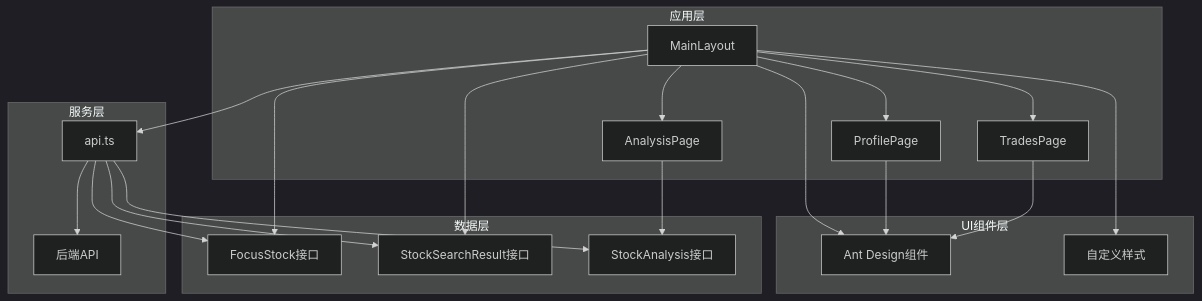
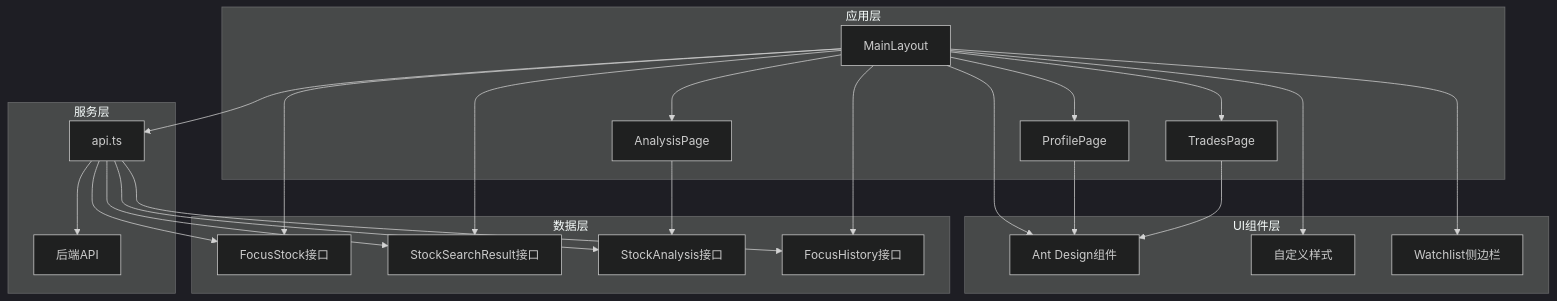
The second of 13 diagrams in .qoder/repowiki/zh/content/前端组件/布局组件.md (Moruime/stock_foker), drawn with Mermaid (dark theme) before and after one commit. The commit also changed other lines of this file and 22 other files, not shown here.

````diff
--- a/.qoder/repowiki/zh/content/前端组件/布局组件.md
+++ b/.qoder/repowiki/zh/content/前端组件/布局组件.md
@@ -88,31 +101,36 @@
 ```mermaid
 graph TB
 subgraph "应用层"
 A[MainLayout] --> B[AnalysisPage]
 A --> C[TradesPage]
 A --> D[ProfilePage]
 end
 subgraph "服务层"
 E[api.ts] --> F[后端API]
 end
 subgraph "数据层"
 G[FocusStock接口]
 H[StockSearchResult接口]
 I[StockAnalysis接口]
+J[FocusHistory接口]
 end
 subgraph "UI组件层"
-J[Ant Design组件]
-K[自定义样式]
+K[Ant Design组件]
+L[自定义样式]
+M[Watchlist侧边栏]
 end
 A --> E
 A --> G
 A --> H
+A --> J
 B --> I
-C --> J
-D --> J
+C --> K
+D --> K
 E --> G
 E --> H
 E --> I
-A --> J
+E --> J
 A --> K
+A --> L
+A --> M
 ```
````
